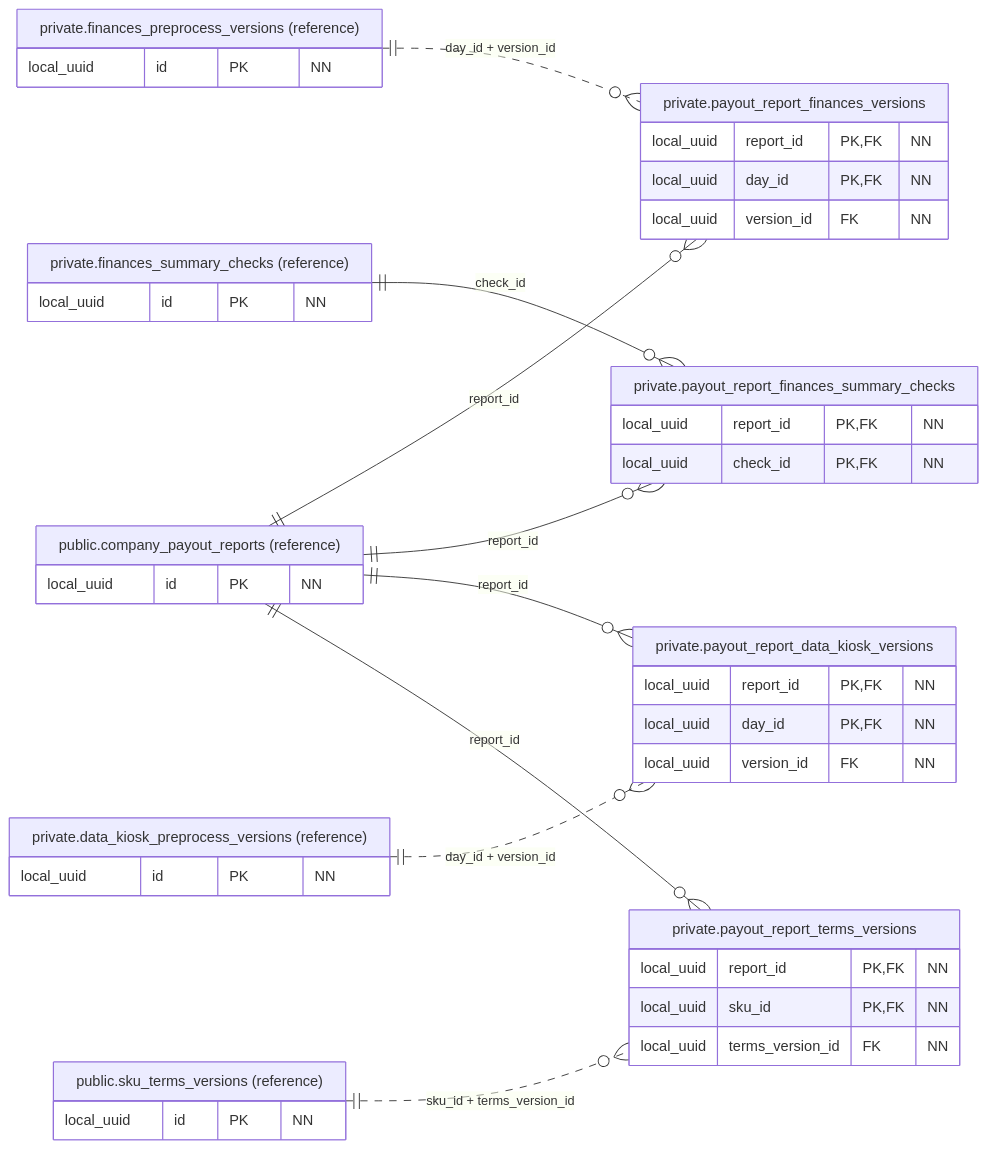
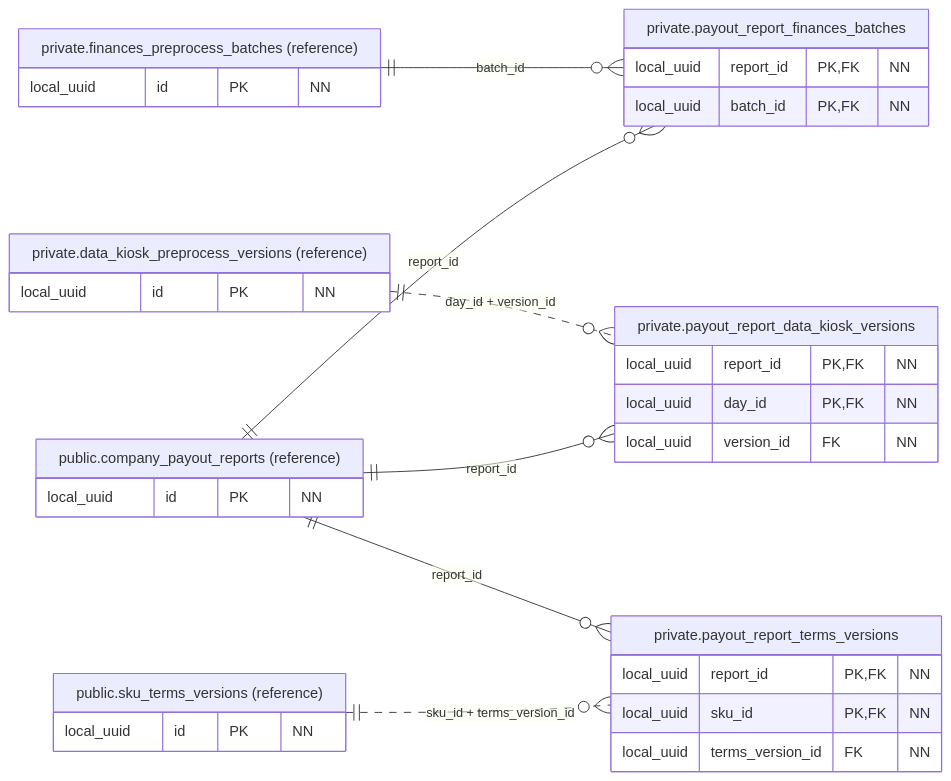
One commit to qwercxzsda/A-SelBox changed the diagram in docs/figures/database/07-payout-manifests.mmd. Above: the diagram before and after it, drawn with Mermaid. The commit also changed 192 other files, not shown here.

```diff
--- a/docs/figures/database/07-payout-manifests.mmd
+++ b/docs/figures/database/07-payout-manifests.mmd
@@ -1,53 +1,41 @@
 erDiagram
     direction LR
-    private_finances_preprocess_versions ||..o{ private_payout_report_finances_versions : "day_id + version_id"
-    public_company_payout_reports ||--o{ private_payout_report_finances_versions : "report_id"
-    private_finances_summary_checks ||--o{ private_payout_report_finances_summary_checks : "check_id"
-    public_company_payout_reports ||--o{ private_payout_report_finances_summary_checks : "report_id"
+    private_finances_preprocess_batches ||--o{ private_payout_report_finances_batches : "batch_id"
+    public_company_payout_reports ||--o{ private_payout_report_finances_batches : "report_id"
     private_data_kiosk_preprocess_versions ||..o{ private_payout_report_data_kiosk_versions : "day_id + version_id"
     public_company_payout_reports ||--o{ private_payout_report_data_kiosk_versions : "report_id"
     public_company_payout_reports ||--o{ private_payout_report_terms_versions : "report_id"
     public_sku_terms_versions ||..o{ private_payout_report_terms_versions : "sku_id + terms_version_id"
 
-    private_payout_report_finances_versions["private.payout_report_finances_versions"] {
+    private_payout_report_finances_batches["private.payout_report_finances_batches"] {
         local_uuid report_id PK, FK "NN"
-        local_uuid day_id PK, FK "NN"
-        local_uuid version_id FK "NN"
-    }
-
-    private_payout_report_finances_summary_checks["private.payout_report_finances_summary_checks"] {
-        local_uuid report_id PK, FK "NN"
-        local_uuid check_id PK, FK "NN"
+        local_uuid batch_id PK, FK "NN"
     }
 
     private_payout_report_data_kiosk_versions["private.payout_report_data_kiosk_versions"] {
         local_uuid report_id PK, FK "NN"
         local_uuid day_id PK, FK "NN"
         local_uuid version_id FK "NN"
     }
 
     private_payout_report_terms_versions["private.payout_report_terms_versions"] {
         local_uuid report_id PK, FK "NN"
         local_uuid sku_id PK, FK "NN"
         local_uuid terms_version_id FK "NN"
     }
 
     private_data_kiosk_preprocess_versions["private.data_kiosk_preprocess_versions (reference)"] {
         local_uuid id PK "NN"
     }
 
-    private_finances_preprocess_versions["private.finances_preprocess_versions (reference)"] {
-        local_uuid id PK "NN"
-    }
-
-    private_finances_summary_checks["private.finances_summary_checks (reference)"] {
+    private_finances_preprocess_batches["private.finances_preprocess_batches (reference)"] {
         local_uuid id PK "NN"
     }
 
     public_company_payout_reports["public.company_payout_reports (reference)"] {
         local_uuid id PK "NN"
     }
 
     public_sku_terms_versions["public.sku_terms_versions (reference)"] {
         local_uuid id PK "NN"
     }
```
